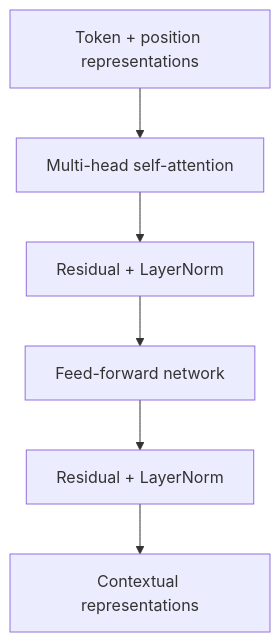
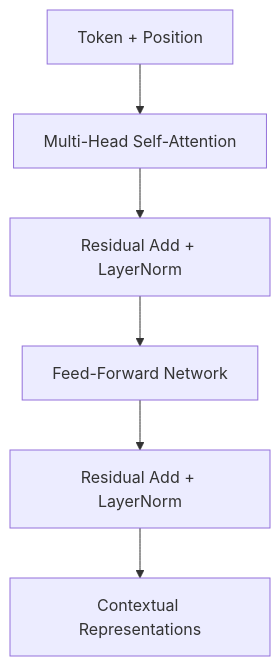
The diagram in day-01/03-attention-transformers.md (almiyead-rgb/bayan-applied-nlp-course), drawn with Mermaid before and after one commit. The commit also changed other lines of this file, not shown here.

Commit message:
docs(day1): simplify attention and transformer lesson

````diff
--- a/day-01/03-attention-transformers.md
+++ b/day-01/03-attention-transformers.md
@@ -93,8 +184,8 @@
 ```mermaid
 flowchart TD
-    A["Token + position representations"] --> B["Multi-head self-attention"]
-    B --> C["Residual + LayerNorm"]
-    C --> D["Feed-forward network"]
-    D --> E["Residual + LayerNorm"]
-    E --> F["Contextual representations"]
+    A["Token + Position"] --> B["Multi-Head Self-Attention"]
+    B --> C["Residual Add + LayerNorm"]
+    C --> D["Feed-Forward Network"]
+    D --> E["Residual Add + LayerNorm"]
+    E --> F["Contextual Representations"]
 ```
````
